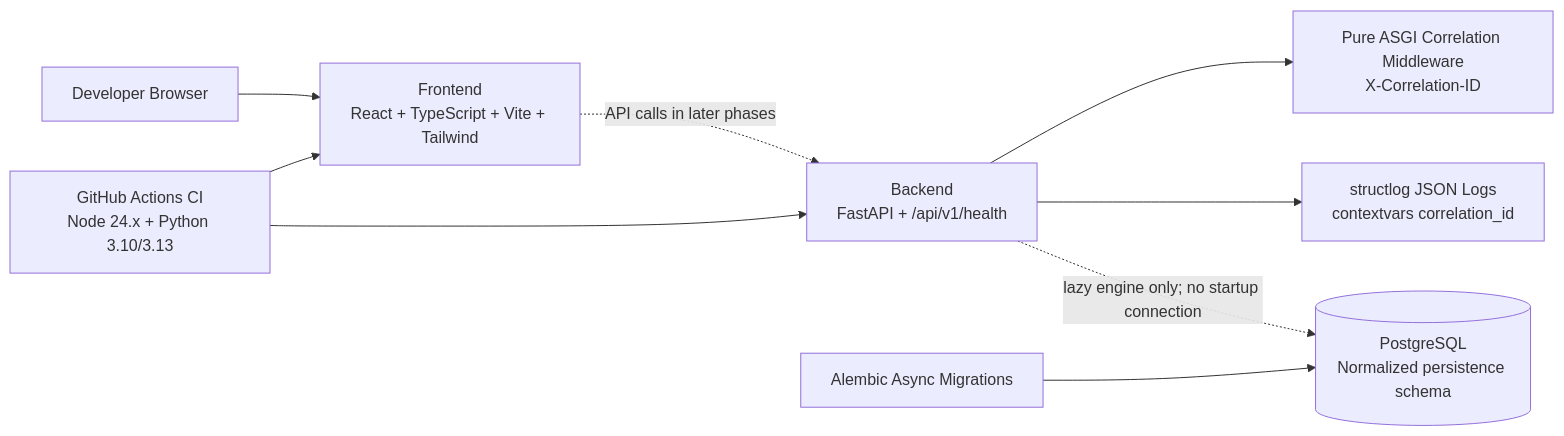
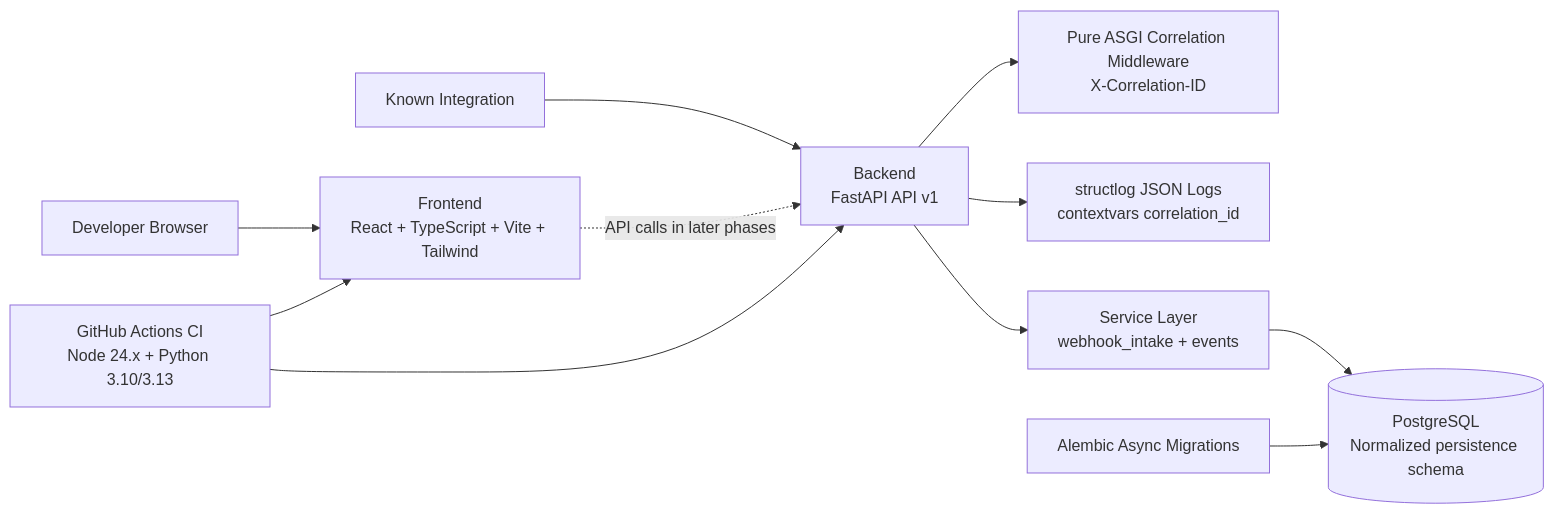
One commit to iayushmahajan/relayguard changed the diagram in docs/architecture.md. Above: the diagram before and after it, drawn with Mermaid. The commit also changed other lines of this file and 20 other files, not shown here.

````diff
--- a/docs/architecture.md
+++ b/docs/architecture.md
@@ -3,11 +3,13 @@
 ```mermaid
 flowchart LR
   U[Developer Browser] --> F[Frontend\nReact + TypeScript + Vite + Tailwind]
-  F -. API calls in later phases .-> B[Backend\nFastAPI + /api/v1/health]
+  W[Known Integration] --> B[Backend\nFastAPI API v1]
+  F -. API calls in later phases .-> B
   B --> C[Pure ASGI Correlation Middleware\nX-Correlation-ID]
   B --> L[structlog JSON Logs\ncontextvars correlation_id]
-  B -. lazy engine only; no startup connection .-> D[(PostgreSQL\nNormalized persistence schema)]
+  B --> S[Service Layer\nwebhook_intake + events]
+  S --> D[(PostgreSQL\nNormalized persistence schema)]
   M[Alembic Async Migrations] --> D
   CI[GitHub Actions CI\nNode 24.x + Python 3.10/3.13] --> F
   CI --> B
 ```
````
